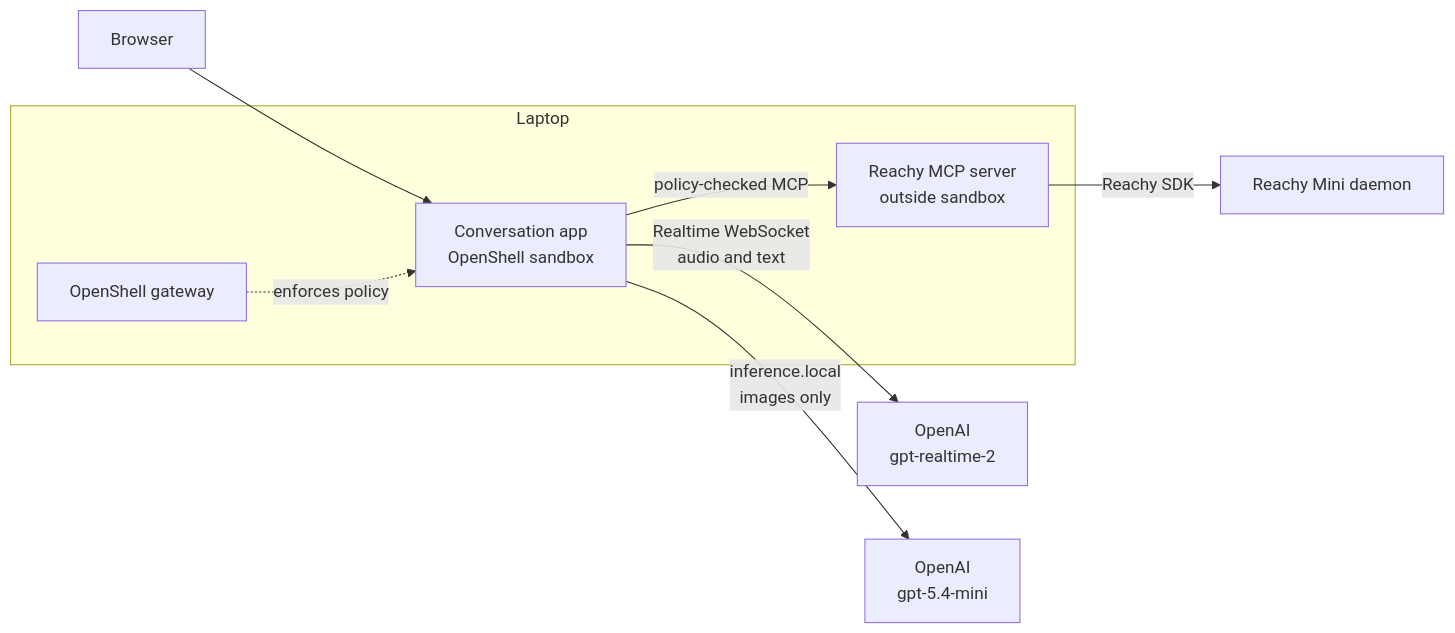
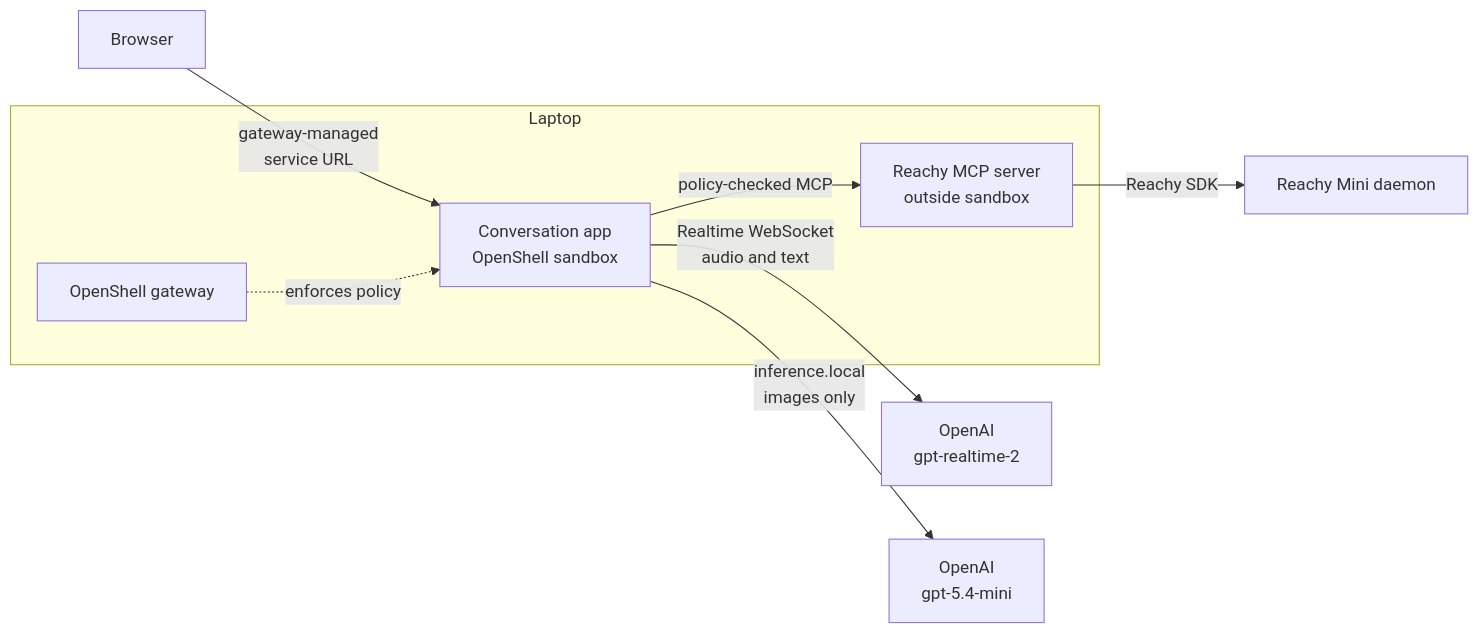
One commit to NVIDIA/OpenShell-Research changed the diagram in docs/projects/reachy-mini-openshell-sandbox.md. Above: the diagram before and after it, drawn with Mermaid. The commit also changed other lines of this file, not shown here.

Commit message:
Updated forward to service commands

````diff
--- a/docs/projects/reachy-mini-openshell-sandbox.md
+++ b/docs/projects/reachy-mini-openshell-sandbox.md
@@ -31,16 +31,16 @@
 ```mermaid
 flowchart LR
-    U["Browser"] --> A["Conversation app<br/>OpenShell sandbox"]
+    U["Browser"] -->|"gateway-managed<br/>service URL"| A["Conversation app<br/>OpenShell sandbox"]
 
     subgraph L["Laptop"]
         G["OpenShell gateway"]
         A
         M["Reachy MCP server<br/>outside sandbox"]
     end
 
     G -. "enforces policy" .-> A
     A -->|"Realtime WebSocket<br/>audio and text"| R["OpenAI<br/>gpt-realtime-2"]
     A -->|"inference.local<br/>images only"| V["OpenAI<br/>gpt-5.4-mini"]
     A -->|"policy-checked MCP"| M
     M -->|"Reachy SDK"| D["Reachy Mini daemon"]
 ```
````
